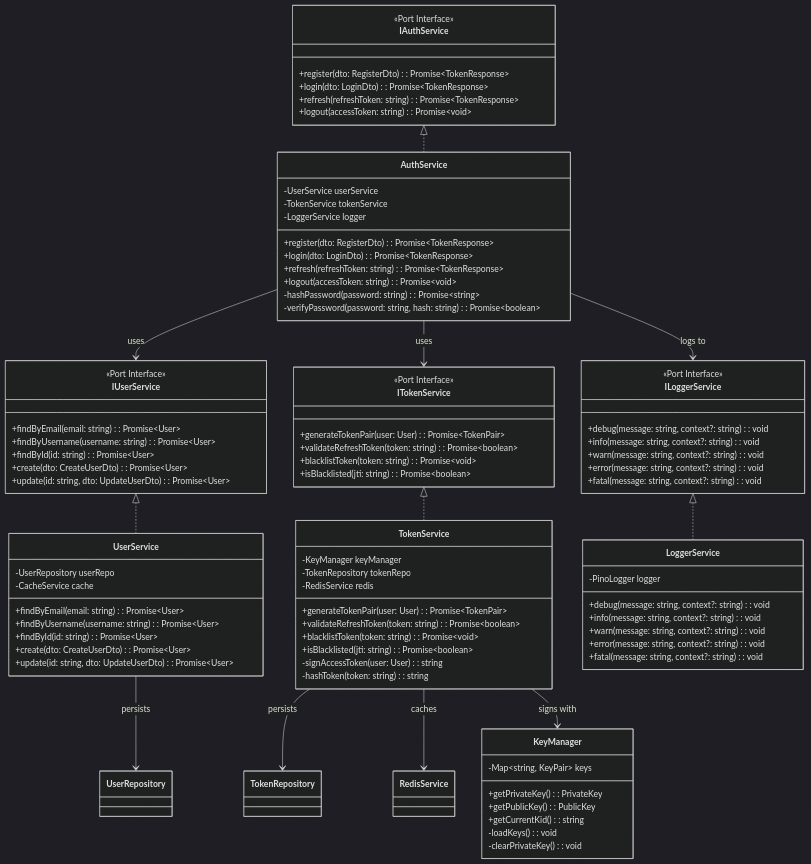
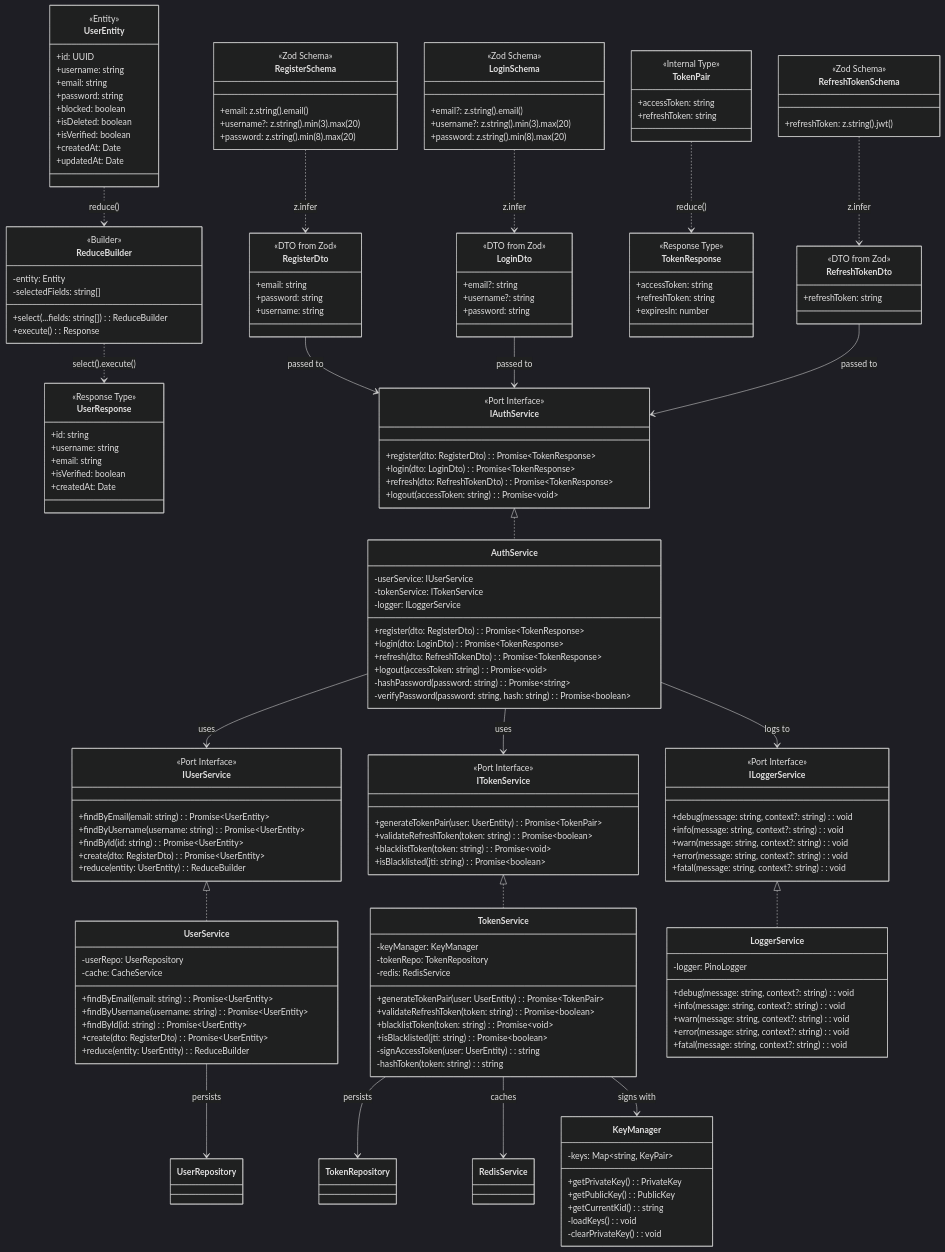
Before and after one commit to Glitch-guy0/Auth-Service: the diagram in _bmad-output/implementation-artifacts/uml/approved/06-class-services.mmd, drawn with Mermaid (dark theme). The commit also changed 2 other files, not shown here.

Commit message:
class and types approved

```diff
--- a/_bmad-output/implementation-artifacts/uml/approved/06-class-services.mmd
+++ b/_bmad-output/implementation-artifacts/uml/approved/06-class-services.mmd
@@ -1,66 +1,126 @@
 %% Service Class Diagram
 %% Maps to: Hexagonal Architecture, Ports & Adapters
+%% Intermediate types: Zod schemas, DTOs, Entity unions, Type utilities
 
 classDiagram
+    %% ════════════════════════════════════════════════════════════════
+    %%  ZOD VALIDATION SCHEMAS
+    %% ════════════════════════════════════════════════════════════════
+    class RegisterSchema {
+        <<Zod Schema>>
+        +email: z.string().email()
+        +username?: z.string().min(3).max(20)
+        +password: z.string().min(8).max(20)
+    }
+
+    class LoginSchema {
+        <<Zod Schema>>
+        +email?: z.string().email()
+        +username?: z.string().min(3).max(20)
+        +password: z.string().min(8).max(20)
+    }
+
+    class RefreshTokenSchema {
+        <<Zod Schema>>
+        +refreshToken: z.string().jwt()
+    }
+
+    %% ════════════════════════════════════════════════════════════════
+    %%  DTOs (Inferred from Zod)
+    %% ════════════════════════════════════════════════════════════════
+    class RegisterDto {
+        <<DTO from Zod>>
+        +email: string
+        +password: string
+        +username: string
+    }
+
+    class LoginDto {
+        <<DTO from Zod>>
+        +email?: string
+        +username?: string
+        +password: string
+    }
+
+    class RefreshTokenDto {
+        <<DTO from Zod>>
+        +refreshToken: string
+    }
+
+    %% ════════════════════════════════════════════════════════════════
+    %%  RESPONSE / TRANSFORM TYPES
+    %% ════════════════════════════════════════════════════════════════
+    class TokenResponse {
+        <<Response Type>>
+        +accessToken: string
+        +refreshToken: string
+        +expiresIn: number
+    }
+
+    class TokenPair {
+        <<Internal Type>>
+        +accessToken: string
+        +refreshToken: string
+    }
+
+    class UserResponse {
+        <<Response Type>>
+        +id: string
+        +username: string
+        +email: string
+        +isVerified: boolean
+        +createdAt: Date
+    }
+
+    class ReduceBuilder {
+        <<Builder>>
+        -entity: Entity
+        -selectedFields: string[]
+        +select(...fields: string[]): ReduceBuilder
+        +execute(): Response
+    }
+
+    class UserEntity {
+        <<Entity>>
+        +id: UUID
+        +username: string
+        +email: string
+        +password: string
+        +blocked: boolean
+        +isDeleted: boolean
+        +isVerified: boolean
+        +createdAt: Date
+        +updatedAt: Date
+    }
+
+    %% ════════════════════════════════════════════════════════════════
+    %%  PORT INTERFACES
+    %% ════════════════════════════════════════════════════════════════
     class IAuthService {
         <<Port Interface>>
         +register(dto: RegisterDto): Promise~TokenResponse~
         +login(dto: LoginDto): Promise~TokenResponse~
-        +refresh(refreshToken: string): Promise~TokenResponse~
+        +refresh(dto: RefreshTokenDto): Promise~TokenResponse~
         +logout(accessToken: string): Promise~void~
     }
-    
-    class AuthService {
-        -UserService userService
-        -TokenService tokenService
-        -LoggerService logger
-        +register(dto: RegisterDto): Promise~TokenResponse~
-        +login(dto: LoginDto): Promise~TokenResponse~
-        +refresh(refreshToken: string): Promise~TokenResponse~
-        +logout(accessToken: string): Promise~void~
-        -hashPassword(password: string): Promise~string~
-        -verifyPassword(password: string, hash: string): Promise~boolean~
-    }
-    
+
     class IUserService {
         <<Port Interface>>
-        +findByEmail(email: string): Promise~User~
-        +findByUsername(username: string): Promise~User~
-        +findById(id: string): Promise~User~
-        +create(dto: CreateUserDto): Promise~User~
-        +update(id: string, dto: UpdateUserDto): Promise~User~
+        +findByEmail(email: string): Promise~UserEntity~
+        +findByUsername(username: string): Promise~UserEntity~
+        +findById(id: string): Promise~UserEntity~
+        +create(dto: RegisterDto): Promise~UserEntity~
+        +reduce(entity: UserEntity): ReduceBuilder
     }
-    
-    class UserService {
-        -UserRepository userRepo
-        -CacheService cache
-        +findByEmail(email: string): Promise~User~
-        +findByUsername(username: string): Promise~User~
-        +findById(id: string): Promise~User~
-        +create(dto: CreateUserDto): Promise~User~
-        +update(id: string, dto: UpdateUserDto): Promise~User~
-    }
-    
+
     class ITokenService {
         <<Port Interface>>
-        +generateTokenPair(user: User): Promise~TokenPair~
+        +generateTokenPair(user: UserEntity): Promise~TokenPair~
         +validateRefreshToken(token: string): Promise~boolean~
         +blacklistToken(token: string): Promise~void~
         +isBlacklisted(jti: string): Promise~boolean~
     }
-    
-    class TokenService {
-        -KeyManager keyManager
-        -TokenRepository tokenRepo
-        -RedisService redis
-        +generateTokenPair(user: User): Promise~TokenPair~
-        +validateRefreshToken(token: string): Promise~boolean~
-        +blacklistToken(token: string): Promise~void~
-        +isBlacklisted(jti: string): Promise~boolean~
-        -signAccessToken(user: User): string
-        -hashToken(token: string): string
-    }
-    
+
     class ILoggerService {
         <<Port Interface>>
         +debug(message: string, context?: string): void
@@ -69,34 +129,93 @@
         +error(message: string, context?: string): void
         +fatal(message: string, context?: string): void
     }
-    
+
+    %% ════════════════════════════════════════════════════════════════
+    %%  SERVICE IMPLEMENTATIONS
+    %% ════════════════════════════════════════════════════════════════
+    class AuthService {
+        -userService: IUserService
+        -tokenService: ITokenService
+        -logger: ILoggerService
+        +register(dto: RegisterDto): Promise~TokenResponse~
+        +login(dto: LoginDto): Promise~TokenResponse~
+        +refresh(dto: RefreshTokenDto): Promise~TokenResponse~
+        +logout(accessToken: string): Promise~void~
+        -hashPassword(password: string): Promise~string~
+        -verifyPassword(password: string, hash: string): Promise~boolean~
+    }
+
+    class UserService {
+        -userRepo: UserRepository
+        -cache: CacheService
+        +findByEmail(email: string): Promise~UserEntity~
+        +findByUsername(username: string): Promise~UserEntity~
+        +findById(id: string): Promise~UserEntity~
+        +create(dto: RegisterDto): Promise~UserEntity~
+        +reduce(entity: UserEntity): ReduceBuilder
+    }
+
+    class TokenService {
+        -keyManager: KeyManager
+        -tokenRepo: TokenRepository
+        -redis: RedisService
+        +generateTokenPair(user: UserEntity): Promise~TokenPair~
+        +validateRefreshToken(token: string): Promise~boolean~
+        +blacklistToken(token: string): Promise~void~
+        +isBlacklisted(jti: string): Promise~boolean~
+        -signAccessToken(user: UserEntity): string
+        -hashToken(token: string): string
+    }
+
     class LoggerService {
-        -PinoLogger logger
+        -logger: PinoLogger
         +debug(message: string, context?: string): void
         +info(message: string, context?: string): void
         +warn(message: string, context?: string): void
         +error(message: string, context?: string): void
         +fatal(message: string, context?: string): void
     }
-    
+
     class KeyManager {
-        -Map~string, KeyPair~ keys
+        -keys: Map~string, KeyPair~
         +getPrivateKey(): PrivateKey
         +getPublicKey(): PublicKey
         +getCurrentKid(): string
         -loadKeys(): void
         -clearPrivateKey(): void
     }
-    
+
+    %% ════════════════════════════════════════════════════════════════
+    %%  RELATIONSHIPS
+    %% ════════════════════════════════════════════════════════════════
+
+    %% Schema to DTO (z.infer)
+    RegisterSchema ..> RegisterDto : z.infer
+    LoginSchema ..> LoginDto : z.infer
+    RefreshTokenSchema ..> RefreshTokenDto : z.infer
+
+    %% DTO usage
+    RegisterDto --> IAuthService : passed to
+    LoginDto --> IAuthService : passed to
+    RefreshTokenDto --> IAuthService : passed to
+
+    %% Interface implementation
     IAuthService <|.. AuthService
     IUserService <|.. UserService
     ITokenService <|.. TokenService
     ILoggerService <|.. LoggerService
-    
+
+    %% Service dependencies
     AuthService --> IUserService : uses
     AuthService --> ITokenService : uses
     AuthService --> ILoggerService : logs to
-    
+
+    %% Entity transformations
+    UserEntity ..> ReduceBuilder : reduce()
+    ReduceBuilder ..> UserResponse : select().execute()
+    TokenPair ..> TokenResponse : reduce()
+
+    %% Repository/Adapter dependencies
     UserService --> UserRepository : persists
     TokenService --> TokenRepository : persists
     TokenService --> RedisService : caches
```
